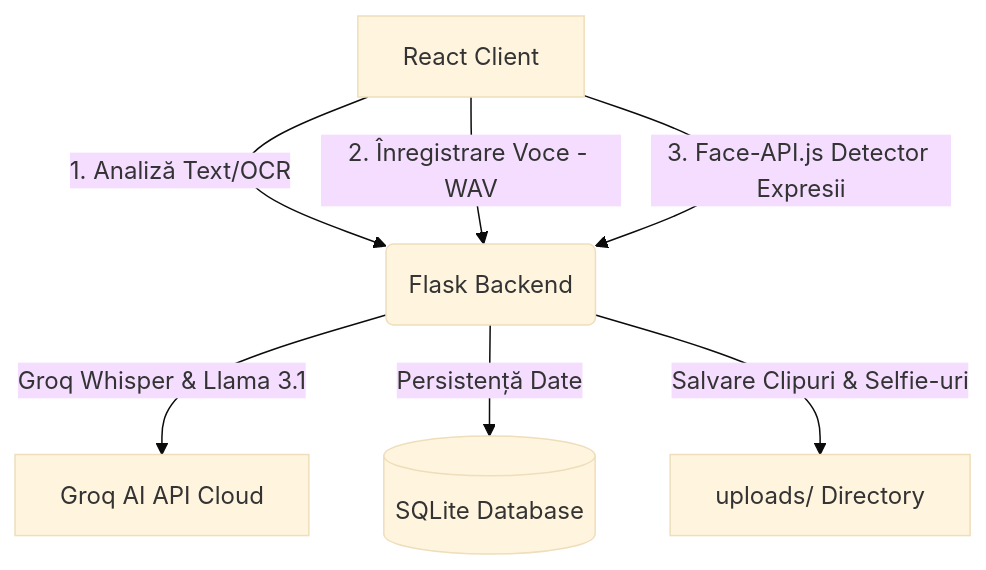
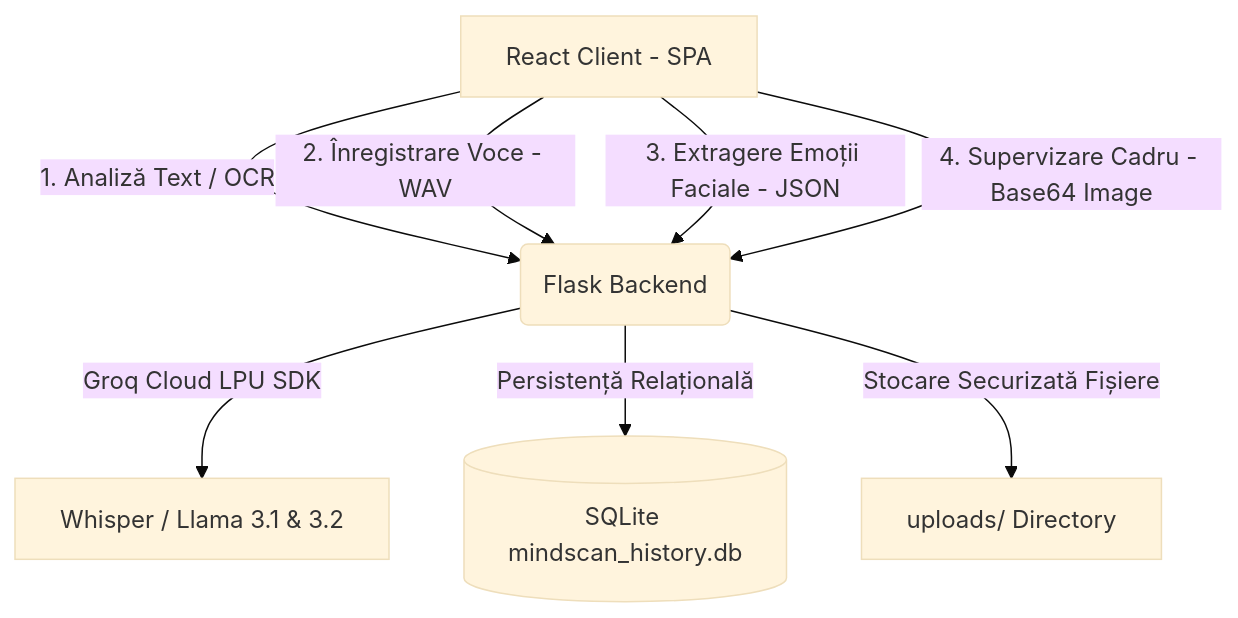
The diagram in README.md (benxta4424/Anchor), drawn with Mermaid (base theme) before and after one commit. The commit also changed other lines of this file, not shown here.

Commit message:
docs: finalize premium README.md with detailed multimodal architecture

````diff
--- a/README.md
+++ b/README.md
@@ -9,9 +32,10 @@
 ```mermaid
 graph TD
-    A[React Client] -->|1. Analiză Text/OCR| B(Flask Backend)
+    A[React Client - SPA] -->|1. Analiză Text / OCR| B(Flask Backend)
     A -->|2. Înregistrare Voce - WAV| B
-    A -->|3. Face-API.js Detector Expresii| B
-    B -->|Groq Whisper & Llama 3.1| C[Groq AI API Cloud]
-    B -->|Persistență Date| D[(SQLite Database)]
-    B -->|Salvare Clipuri & Selfie-uri| E[uploads/ Directory]
+    A -->|3. Extragere Emoții Faciale - JSON| B
+    A -->|4. Supervizare Cadru - Base64 Image| B
+    B -->|Groq Cloud LPU SDK| C[Whisper / Llama 3.1 & 3.2]
+    B -->|Persistență Relațională| D[(SQLite mindscan_history.db)]
+    B -->|Stocare Securizată Fișiere| E[uploads/ Directory]
 ```
````
